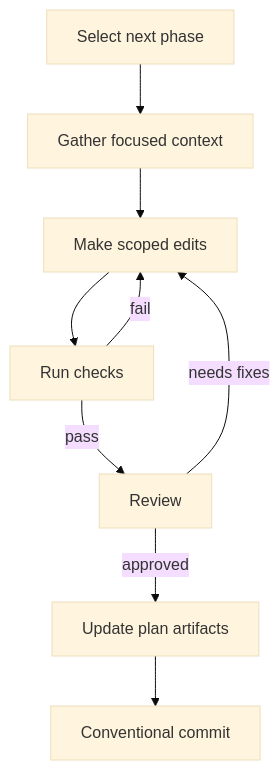
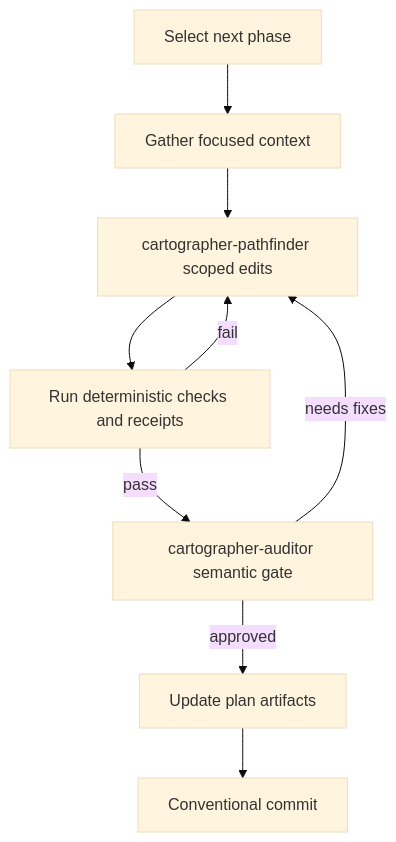
The second of 5 diagrams in README.md (GenKerensky/pi-cartographer), drawn with Mermaid (base theme) before and after one commit. The commit also changed other lines of this file and 10 other files, not shown here.

````diff
--- a/README.md
+++ b/README.md
@@ -128,11 +135,11 @@
 ```mermaid
 flowchart TD
   A[Select next phase] --> B[Gather focused context]
-  B --> C[Make scoped edits]
-  C --> D[Run checks]
+  B --> C[cartographer-pathfinder scoped edits]
+  C --> D[Run deterministic checks and receipts]
   D -->|fail| C
-  D -->|pass| E[Review]
+  D -->|pass| E[cartographer-auditor semantic gate]
   E -->|needs fixes| C
   E -->|approved| F[Update plan artifacts]
   F --> G[Conventional commit]
 ```
````
